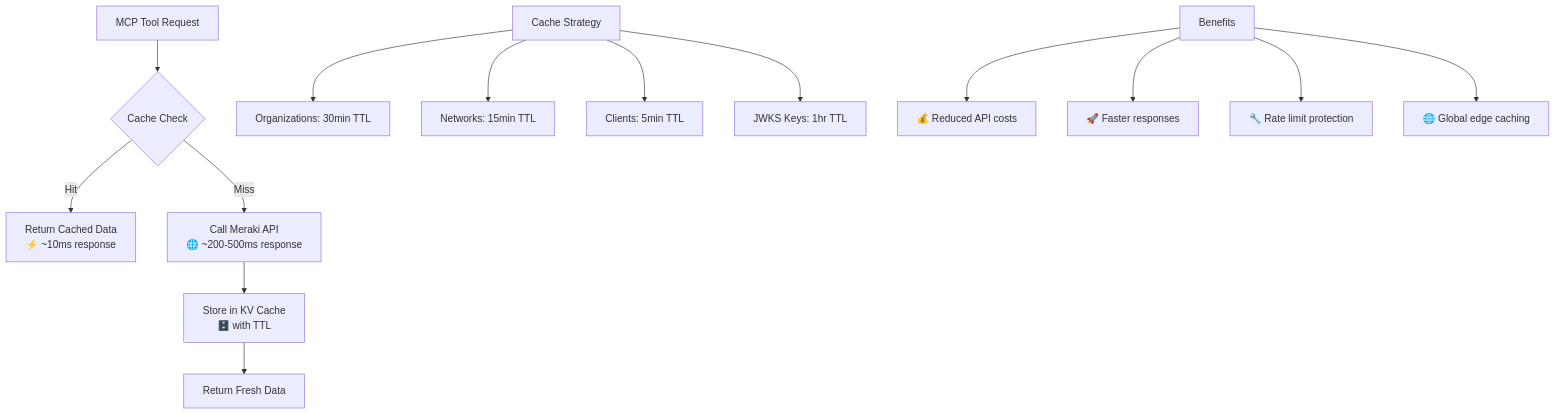
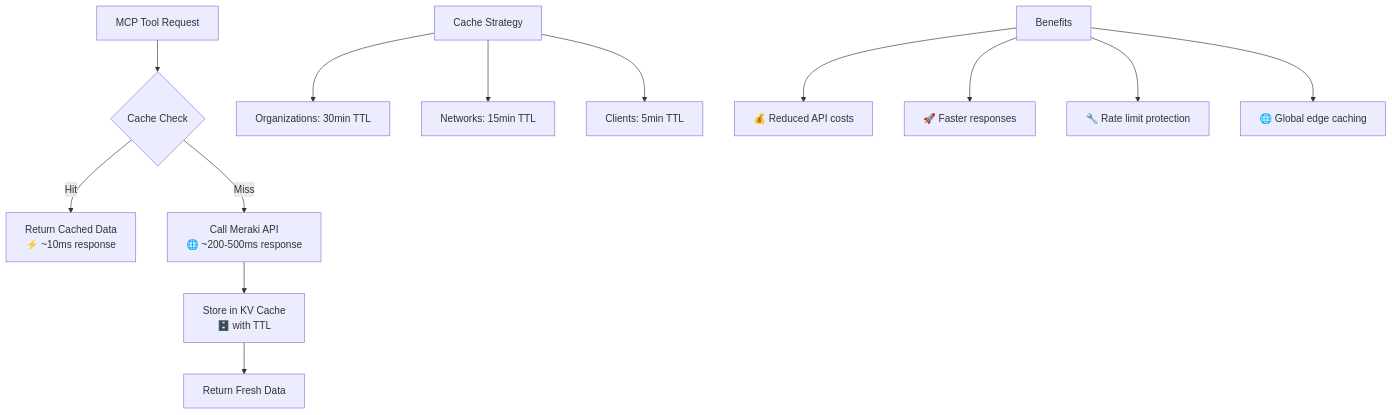
Before and after one commit to macharpe/meraki-mcp-cloudflare: the second of 3 diagrams in docs/authentication-flow.md, drawn with Mermaid. The commit also changed other lines of this file and 1 other file, not shown here.

First line of the commit message:
📝 docs: Update README and authentication flow to reflect GitHub implementation

````diff
--- a/docs/authentication-flow.md
+++ b/docs/authentication-flow.md
@@ -52,18 +52,17 @@
 ```mermaid
 flowchart TD
     A[MCP Tool Request] --> B{Cache Check}
     B -->|Hit| C[Return Cached Data<br/>⚡ ~10ms response]
     B -->|Miss| D[Call Meraki API<br/>🌐 ~200-500ms response]
     D --> E[Store in KV Cache<br/>🗄️ with TTL]
     E --> F[Return Fresh Data]
 
     G[Cache Strategy] --> H[Organizations: 30min TTL]
     G --> I[Networks: 15min TTL]
     G --> J[Clients: 5min TTL]
-    G --> K[JWKS Keys: 1hr TTL]
 
     L[Benefits] --> M[💰 Reduced API costs]
     L --> N[🚀 Faster responses]
     L --> O[🔧 Rate limit protection]
     L --> P[🌐 Global edge caching]
 ```
````
